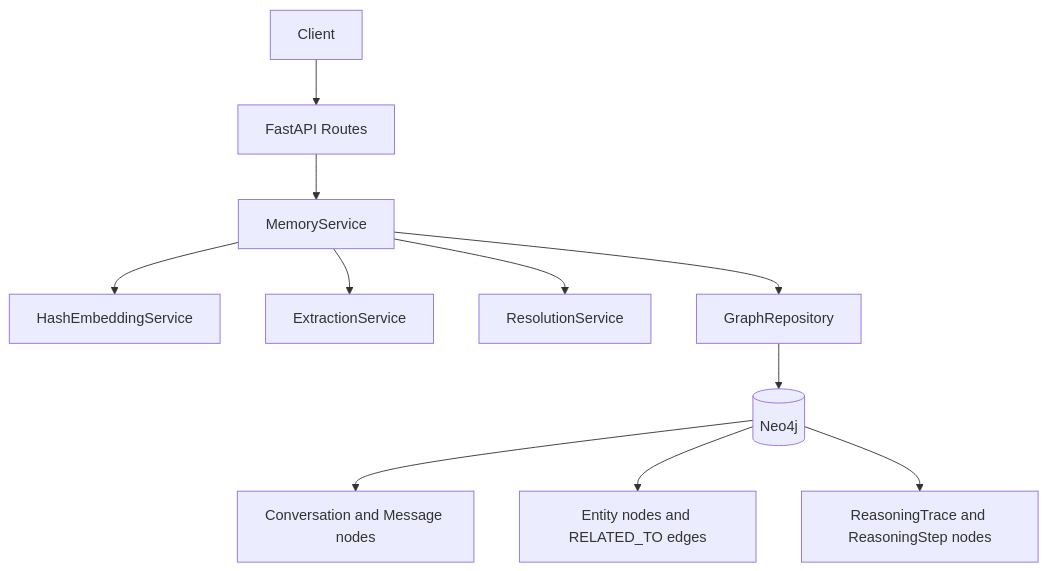
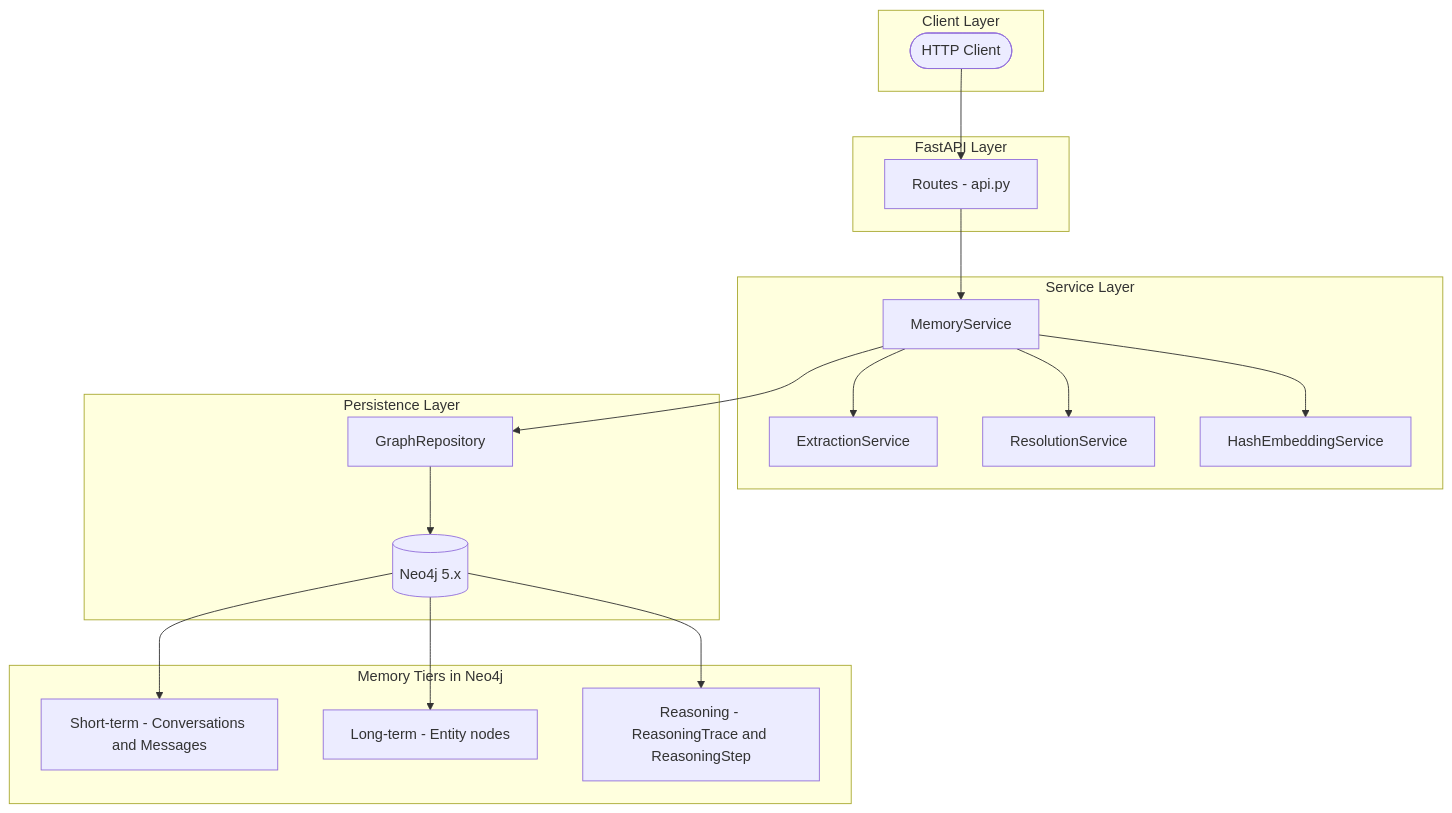
Before and after one commit to hkevin01/vector-index-graph-memory: the first of 5 diagrams in README.md, drawn with Mermaid. The commit also changed other lines of this file, not shown here.

````diff
--- a/README.md
+++ b/README.md
@@ -117,13 +219,35 @@
 ```mermaid
 flowchart TD
-    A[Client] --> B[FastAPI Routes]
-    B --> C[MemoryService]
-    C --> D[HashEmbeddingService]
-    C --> E[ExtractionService]
-    C --> F[ResolutionService]
-    C --> G[GraphRepository]
-    G --> H[(Neo4j)]
-    H --> I[Conversation and Message nodes]
-    H --> J[Entity nodes and RELATED_TO edges]
-    H --> K[ReasoningTrace and ReasoningStep nodes]
+    subgraph Client["Client Layer"]
+        U([HTTP Client])
+    end
+    subgraph API["FastAPI Layer"]
+        R[Routes - api.py]
+    end
+    subgraph Services["Service Layer"]
+        MS[MemoryService]
+        ES[ExtractionService]
+        RS[ResolutionService]
+        HS[HashEmbeddingService]
+    end
+    subgraph Persistence["Persistence Layer"]
+        GR[GraphRepository]
+        N4[(Neo4j 5.x)]
+    end
+    subgraph Memory["Memory Tiers in Neo4j"]
+        ST[Short-term - Conversations and Messages]
+        LT[Long-term - Entity nodes]
+        RM[Reasoning - ReasoningTrace and ReasoningStep]
+    end
+
+    U --> R
+    R --> MS
+    MS --> ES
+    MS --> RS
+    MS --> HS
+    MS --> GR
+    GR --> N4
+    N4 --> ST
+    N4 --> LT
+    N4 --> RM
 ```
````
